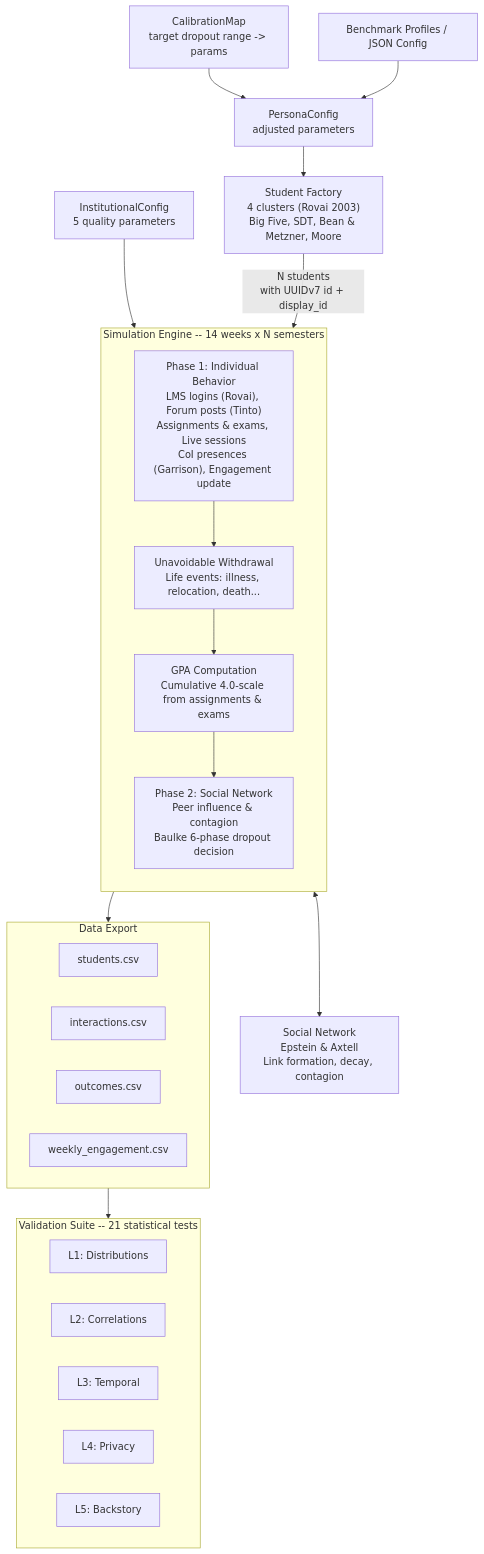
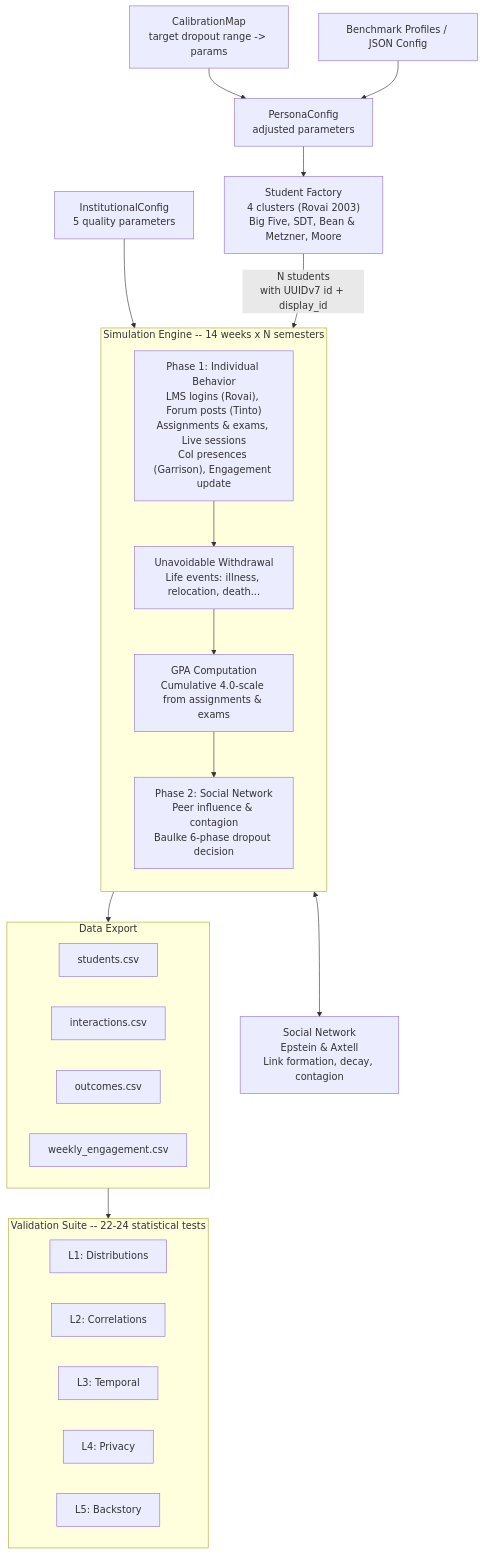
The diagram in docs/THEORY.md (theaiagent/SynthEd), drawn with Mermaid before and after one commit. The commit also changed other lines of this file and 5 other files, not shown here.

````diff
--- a/docs/THEORY.md
+++ b/docs/THEORY.md
@@ -18,49 +20,49 @@
 ```mermaid
 flowchart TD
     CM["CalibrationMap\ntarget dropout range -> params"]
     BP["Benchmark Profiles / JSON Config"]
     IC["InstitutionalConfig\n5 quality parameters"]
     PC["PersonaConfig\nadjusted parameters"]
 
     CM --> PC
     BP --> PC
 
     SF["Student Factory\n4 clusters (Rovai 2003)\nBig Five, SDT, Bean & Metzner, Moore"]
     PC --> SF
     IC --> engine
 
     SF -->|"N students\nwith UUIDv7 id + display_id"| engine
 
     subgraph engine ["Simulation Engine -- 14 weeks x N semesters"]
         direction TB
         P1["Phase 1: Individual Behavior\nLMS logins (Rovai), Forum posts (Tinto)\nAssignments & exams, Live sessions\nCoI presences (Garrison), Engagement update"]
         UW["Unavoidable Withdrawal\nLife events: illness, relocation, death..."]
         GPA["GPA Computation\nCumulative 4.0-scale from assignments & exams"]
         P2["Phase 2: Social Network\nPeer influence & contagion\nBaulke 6-phase dropout decision"]
         P1 --> UW --> GPA --> P2
     end
 
     SN["Social Network\nEpstein & Axtell\nLink formation, decay, contagion"]
     P2 <--> SN
 
     engine --> EX
 
     subgraph EX ["Data Export"]
         direction LR
         E1["students.csv"]
         E2["interactions.csv"]
         E3["outcomes.csv"]
         E4["weekly_engagement.csv"]
     end
 
     EX --> VAL
 
-    subgraph VAL ["Validation Suite -- 21 statistical tests"]
+    subgraph VAL ["Validation Suite -- 22-24 statistical tests"]
         direction LR
         V1["L1: Distributions"]
         V2["L2: Correlations"]
         V3["L3: Temporal"]
         V4["L4: Privacy"]
         V5["L5: Backstory"]
     end
 ```
````
